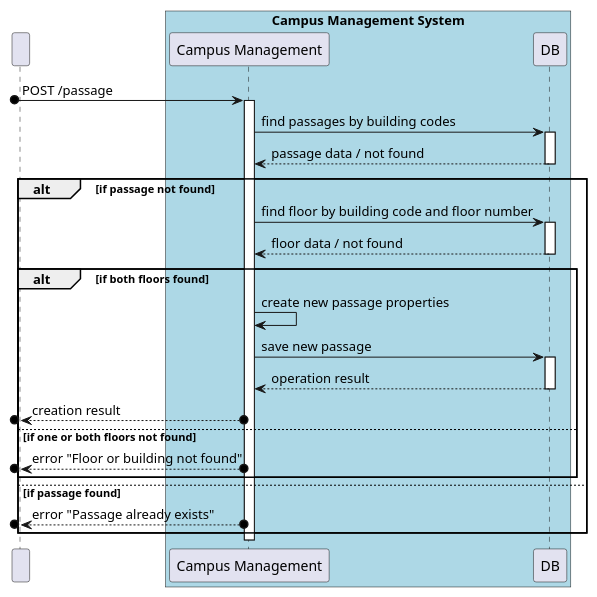
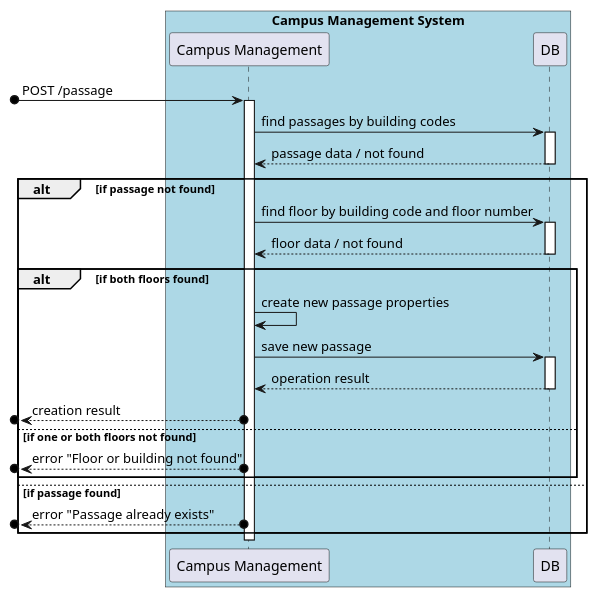
Before and after one commit to winqus/RobDroneGo: the diagram in docs/US/ID-240/SD lv2.puml, drawn with PlantUML. The commit also changed 6 other files, not shown here.

```diff
--- a/docs/US/ID-240/SD lv2.puml
+++ b/docs/US/ID-240/SD lv2.puml
@@ -1,42 +1,41 @@
 @startuml SD Lv2
 
-participant " "
 box "Campus Management System" #LightBlue
     participant "Campus Management" as Campus
     participant "DB" as DB
 end box
 
 [o-> Campus : POST /passage
 activate Campus
 
 Campus -> DB : find passages by building codes
 activate DB
 DB --> Campus : passage data / not found
 deactivate DB
 
 alt if passage not found
 
     Campus -> DB : find floor by building code and floor number
     activate DB
     DB --> Campus : floor data / not found
     deactivate DB
     
     alt if both floors found
         Campus -> Campus : create new passage properties
 
         Campus -> DB : save new passage
         activate DB
         DB --> Campus : operation result
         deactivate DB
 
         [o<--o Campus : creation result
     else if one or both floors not found
         [o<--o Campus : error "Floor or building not found"
     end
 
 else if passage found
     [o<--o Campus : error "Passage already exists"
 end
 deactivate Campus
 
 @enduml
```
